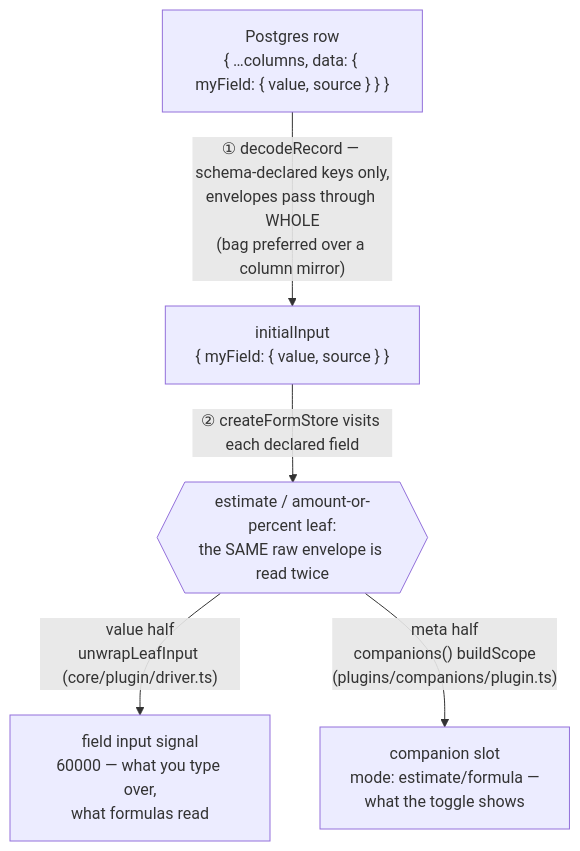
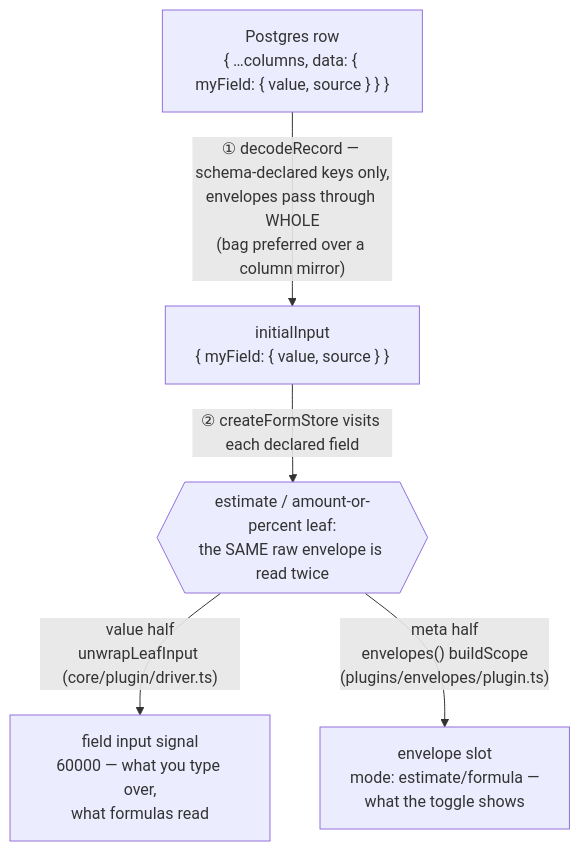
Before and after one commit to andrew310/jsonisch: the diagram in docs/decode-fork.md, drawn with Mermaid. The commit also changed other lines of this file and 29 other files, not shown here.

First line of the commit message:
refactor(jsonisch): rename companions plugin to envelopes

````diff
--- a/docs/decode-fork.md
+++ b/docs/decode-fork.md
@@ -7,8 +7,8 @@
 ```mermaid
 flowchart TD
   PG["Postgres row<br/>{ …columns, data: { myField: { value, source } } }"]
   PG -->|"① decodeRecord — schema-declared keys only,<br/>envelopes pass through WHOLE<br/>(bag preferred over a column mirror)"| II["initialInput<br/>{ myField: { value, source } }"]
   II -->|"② createFormStore visits each declared field"| FORK{{"estimate / amount-or-percent leaf:<br/>the SAME raw envelope is read twice"}}
   FORK -->|"value half<br/>unwrapLeafInput (core/plugin/driver.ts)"| INPUT["field input signal<br/>60000 — what you type over,<br/>what formulas read"]
-  FORK -->|"meta half<br/>companions() buildScope<br/>(plugins/companions/plugin.ts)"| SLOT["companion slot<br/>mode: estimate/formula —<br/>what the toggle shows"]
+  FORK -->|"meta half<br/>envelopes() buildScope<br/>(plugins/envelopes/plugin.ts)"| SLOT["envelope slot<br/>mode: estimate/formula —<br/>what the toggle shows"]
 ```
````
